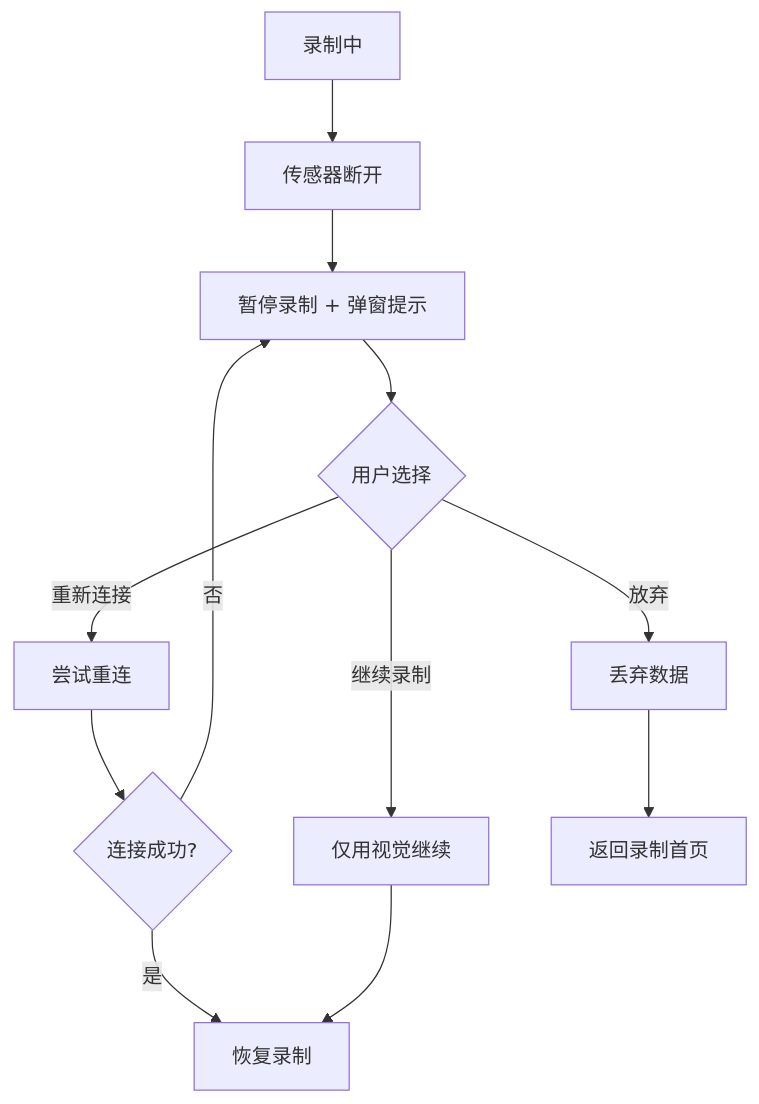
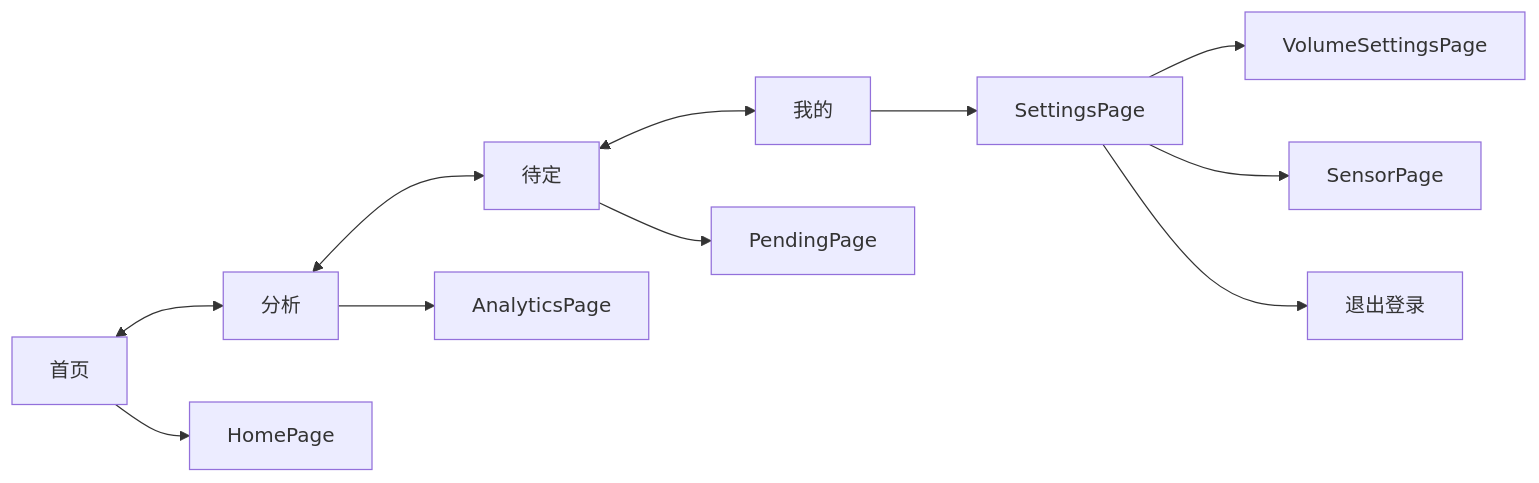
Before and after one commit to movement-chain-ai/movement-chain-docs: the fifth of 5 diagrams in docs/zh/design/specs/ui/user-flows.md, drawn with Mermaid. The commit also changed other lines of this file and 5 other files, not shown here.

````diff
--- a/docs/zh/design/specs/ui/user-flows.md
+++ b/docs/zh/design/specs/ui/user-flows.md
@@ -445,17 +514,15 @@
 ```mermaid
-flowchart TD
-    A[录制中] --> B[传感器断开]
-    B --> C[暂停录制 + 弹窗提示]
+flowchart LR
+    A[首页] <--> B[分析]
+    B <--> C[待定]
+    C <--> D[我的]
 
-    C --> D{用户选择}
-    D -->|重新连接| E[尝试重连]
-    D -->|继续录制| F[仅用视觉继续]
-    D -->|放弃| G[丢弃数据]
+    A --> E[HomePage]
+    B --> F[AnalyticsPage]
+    C --> G[PendingPage]
+    D --> H[SettingsPage]
 
-    E --> H{连接成功?}
-    H -->|是| I[恢复录制]
-    H -->|否| C
-
-    F --> I
-    G --> J[返回录制首页]
+    H --> I[VolumeSettingsPage]
+    H --> J[SensorPage]
+    H --> K[退出登录]
 ```
````
